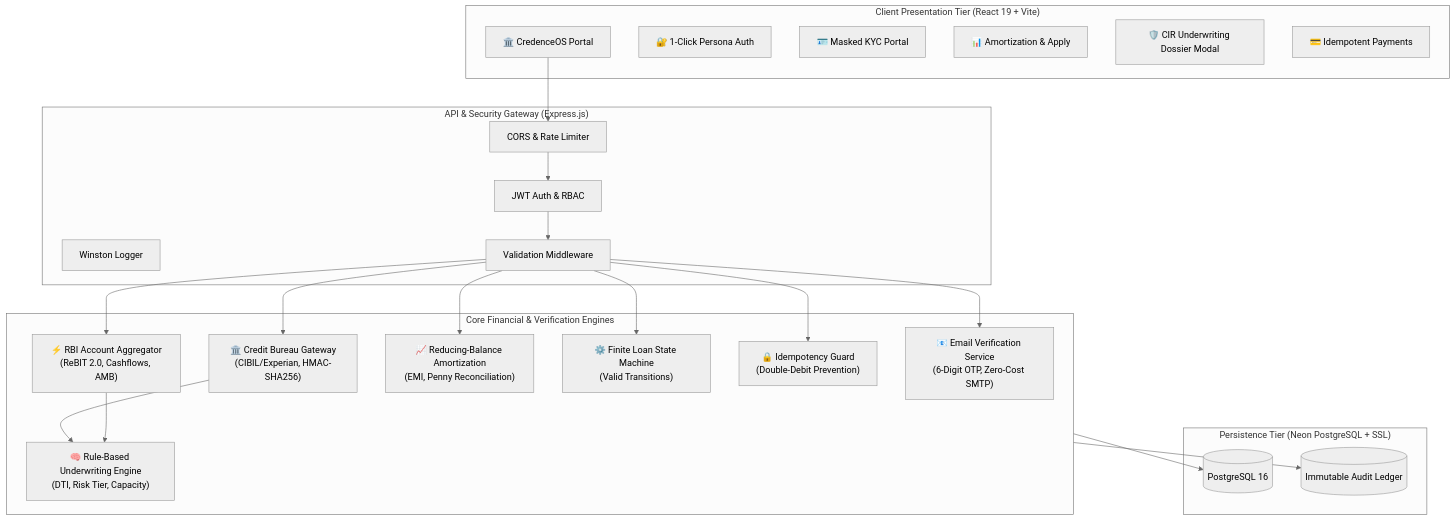
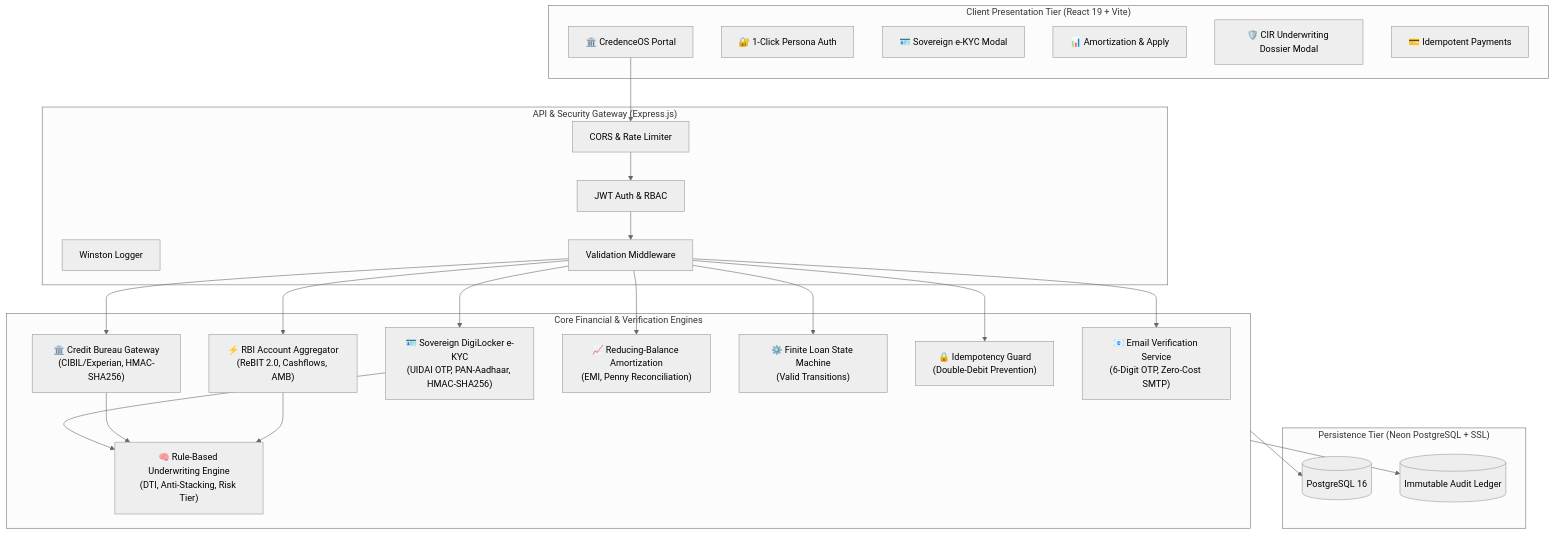
Before and after one commit to Aditya16703/CredenceOS-: the diagram in README.md, drawn with Mermaid (neutral theme). The commit also changed other lines of this file, not shown here.

Commit message:
docs: update README with Sovereign DigiLocker e-KYC, anti-loan-stacking, and 23/23 tests

````diff
--- a/README.md
+++ b/README.md
@@ -80,47 +82,50 @@
 ```mermaid
 flowchart TD
     subgraph Client ["Client Presentation Tier (React 19 + Vite)"]
         UI["🏛️ CredenceOS Portal"]
         AuthM["🔐 1-Click Persona Auth"]
-        KYCU["🪪 Masked KYC Portal"]
+        KYCU["🪪 Sovereign e-KYC Modal"]
         LoanU["📊 Amortization & Apply"]
         CIRU["🛡️ CIR Underwriting Dossier Modal"]
         PayU["💳 Idempotent Payments"]
     end
 
     subgraph Gateway ["API & Security Gateway (Express.js)"]
         CORS["CORS & Rate Limiter"]
         JWT["JWT Auth & RBAC"]
         Winston["Winston Logger"]
         Val["Validation Middleware"]
     end
 
     subgraph Engines ["Core Financial & Verification Engines"]
+        SVE["🪪 Sovereign DigiLocker e-KYC\n(UIDAI OTP, PAN-Aadhaar, HMAC-SHA256)"]
         CBG["🏛️ Credit Bureau Gateway\n(CIBIL/Experian, HMAC-SHA256)"]
         AAE["⚡ RBI Account Aggregator\n(ReBIT 2.0, Cashflows, AMB)"]
-        UWE["🧠 Rule-Based Underwriting Engine\n(DTI, Risk Tier, Capacity)"]
+        UWE["🧠 Rule-Based Underwriting Engine\n(DTI, Anti-Stacking, Risk Tier)"]
         AME["📈 Reducing-Balance Amortization\n(EMI, Penny Reconciliation)"]
         SME["⚙️ Finite Loan State Machine\n(Valid Transitions)"]
         IDE["🔒 Idempotency Guard\n(Double-Debit Prevention)"]
         EMS["📧 Email Verification Service\n(6-Digit OTP, Zero-Cost SMTP)"]
     end
 
     subgraph DataTier ["Persistence Tier (Neon PostgreSQL + SSL)"]
         DB[(PostgreSQL 16)]
         AL[(Immutable Audit Ledger)]
     end
 
     UI --> CORS
     CORS --> JWT
     JWT --> Val
+    Val --> SVE
     Val --> CBG
     Val --> AAE
+    SVE --> UWE
     CBG --> UWE
     AAE --> UWE
     Val --> AME
     Val --> SME
     Val --> IDE
     Val --> EMS
     Engines --> DB
     Engines --> AL
 ```
````
